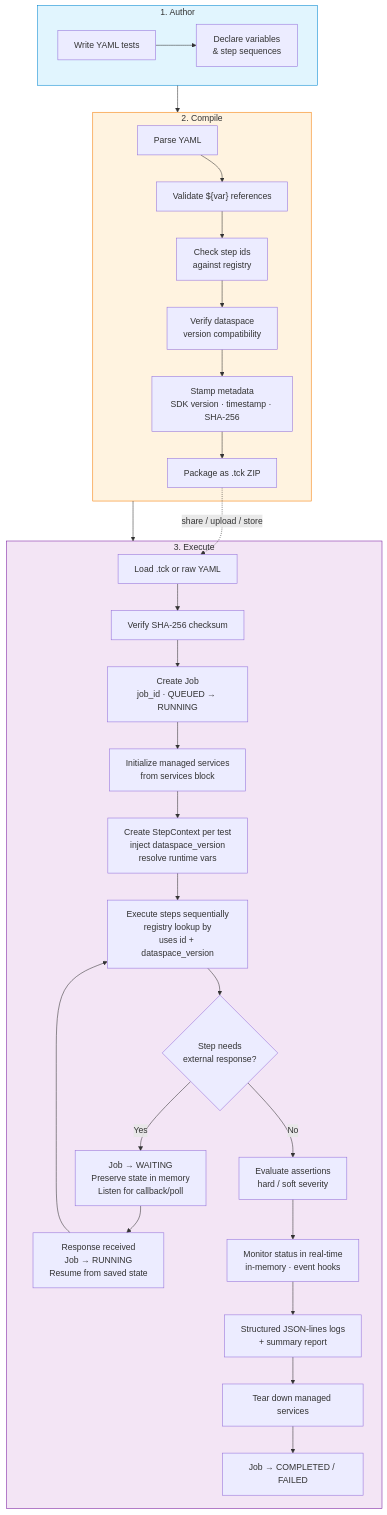
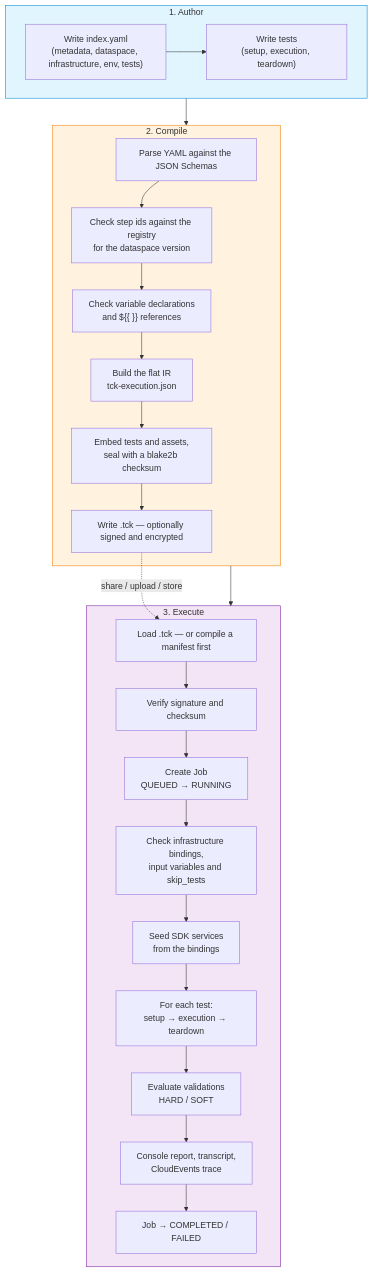
One commit to eclipse-tractusx/tractusx-testlab changed the second of 8 diagrams in docs/specification/specification/concepts.md. Above: the diagram before and after it, drawn with Mermaid. The commit also changed other lines of this file and 155 other files, not shown here.

````diff
--- a/docs/specification/specification/concepts.md
+++ b/docs/specification/specification/concepts.md
@@ -74,49 +71,40 @@
 ```mermaid
 flowchart TD
     subgraph Author ["1. Author"]
-        A1[Write YAML tests]
-        A2[Declare variables<br/>& step sequences]
+        A1["Write index.yaml<br/>(metadata, dataspace, infrastructure, env, tests)"]
+        A2["Write tests<br/>(setup, execution, teardown)"]
         A1 --> A2
     end
 
     subgraph Compile ["2. Compile"]
-        B1[Parse YAML]
-        B2["Validate ${var} references"]
-        B3[Check step ids<br/>against registry]
-        B4[Verify dataspace<br/>version compatibility]
-        B5[Stamp metadata<br/>SDK version · timestamp · SHA-256]
-        B6[Package as .tck ZIP]
+        B1[Parse YAML against the JSON Schemas]
+        B2["Check step ids against the registry<br/>for the dataspace version"]
+        B3["Check variable declarations<br/>and ${{ }} references"]
+        B4[Build the flat IR<br/>tck-execution.json]
+        B5[Embed tests and assets,<br/>seal with a blake2b checksum]
+        B6[Write .tck — optionally signed and encrypted]
 
         B1 --> B2 --> B3 --> B4 --> B5 --> B6
     end
 
     subgraph Execute ["3. Execute"]
-        C1[Load .tck or raw YAML]
-        C2[Verify SHA-256 checksum]
-        C1b[Create Job<br/>job_id · QUEUED → RUNNING]
-        C2b[Initialize managed services<br/>from services block]
-        C3[Create StepContext per test<br/>inject dataspace_version<br/>resolve runtime vars]
-        C4[Execute steps sequentially<br/>registry lookup by<br/>uses id + dataspace_version]
-        C4b{Step needs<br/>external response?}
-        C4c[Job → WAITING<br/>Preserve state in memory<br/>Listen for callback/poll]
-        C4d[Response received<br/>Job → RUNNING<br/>Resume from saved state]
-        C5[Evaluate assertions<br/>hard / soft severity]
-        C6[Monitor status in real-time<br/>in-memory · event hooks]
-        C7[Structured JSON-lines logs<br/>+ summary report]
-        C8[Tear down managed services]
+        C1[Load .tck — or compile a manifest first]
+        C2[Verify signature and checksum]
+        C3[Create Job<br/>QUEUED → RUNNING]
+        C4[Check infrastructure bindings,<br/>input variables and skip_tests]
+        C5[Seed SDK services<br/>from the bindings]
+        C6[For each test:<br/>setup → execution → teardown]
+        C7[Evaluate validations<br/>HARD / SOFT]
+        C8[Console report, transcript,<br/>CloudEvents trace]
         C9[Job → COMPLETED / FAILED]
 
-        C1 --> C2 --> C1b --> C2b --> C3 --> C4
-        C4 --> C4b
-        C4b -->|Yes| C4c --> C4d --> C4
-        C4b -->|No| C5 --> C6 --> C7 --> C8 --> C9
+        C1 --> C2 --> C3 --> C4 --> C5 --> C6 --> C7 --> C8 --> C9
     end
 
     Author --> Compile --> Execute
-
     B6 -. "share / upload / store" .-> C1
 
     style Author fill:#e1f5fe,stroke:#0288d1
     style Compile fill:#fff3e0,stroke:#f57c00
     style Execute fill:#f3e5f5,stroke:#7b1fa2
 ```
````
